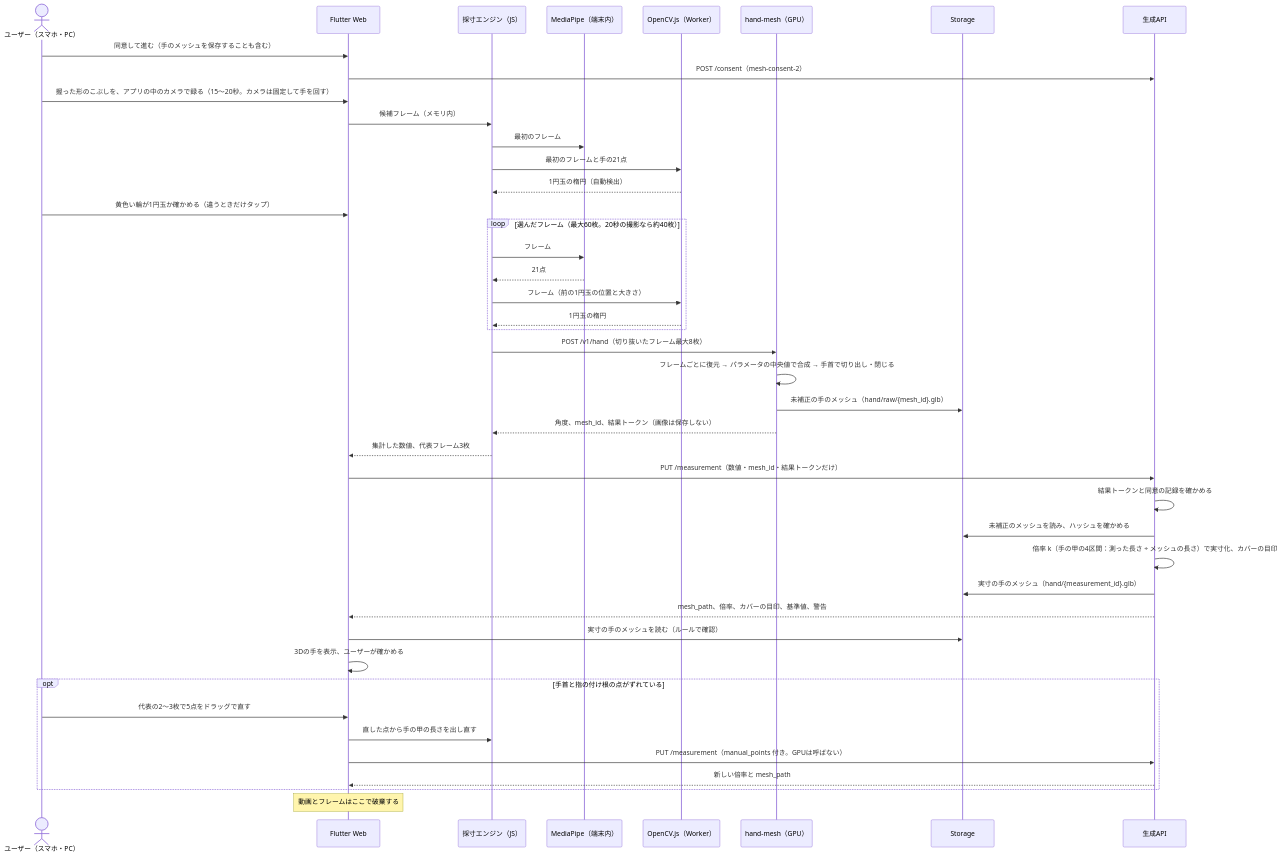
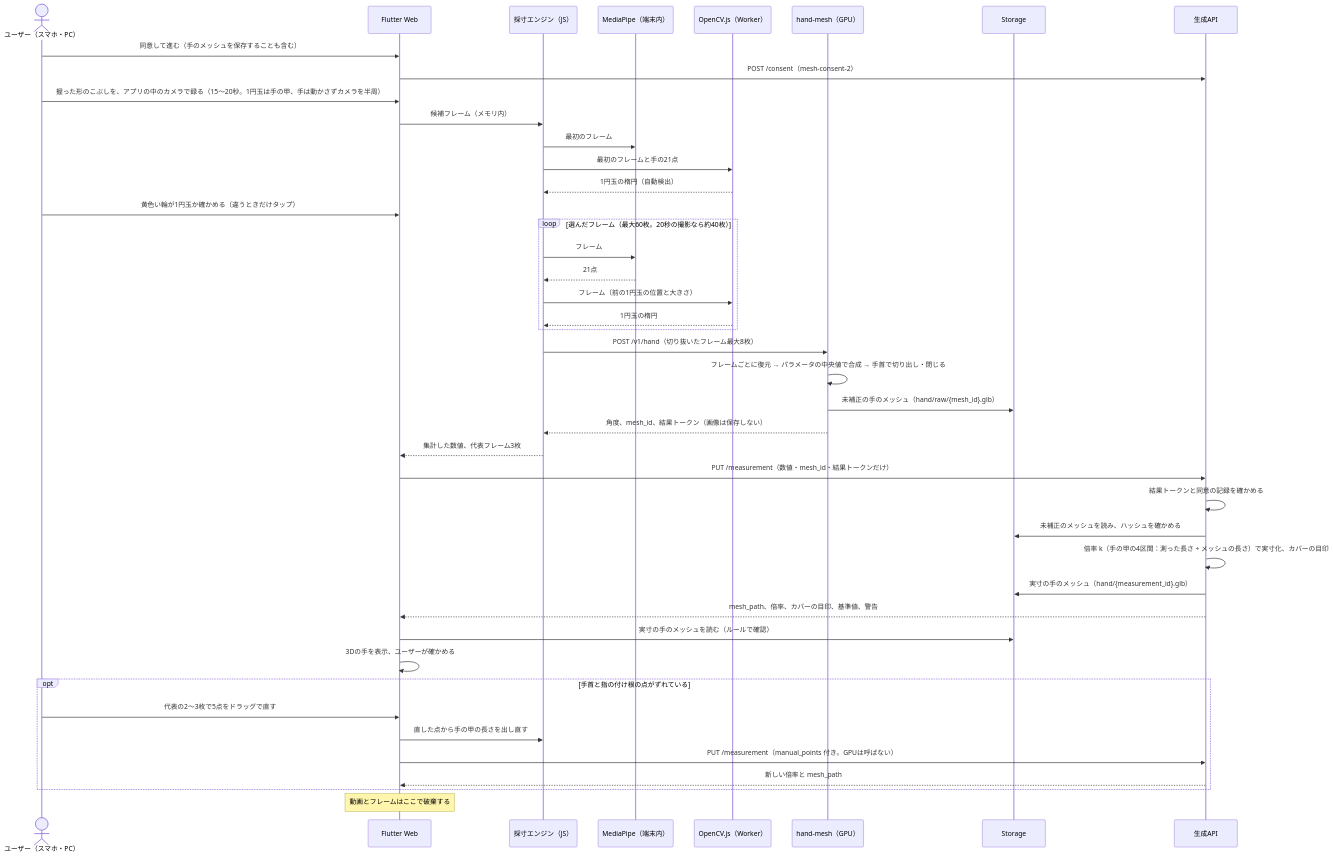
Before and after one commit to Devfest-Hackathon-2026/df-2026-t101: the second of 4 diagrams in docs/architecture.md, drawn with Mermaid. The commit also changed other lines of this file and 6 other files, not shown here.

````diff
--- a/docs/architecture.md
+++ b/docs/architecture.md
@@ -89,45 +89,45 @@
 ```mermaid
 sequenceDiagram
   actor U as ユーザー（スマホ・PC）
   participant App as Flutter Web
   participant EN as 採寸エンジン（JS）
   participant MP as MediaPipe（端末内）
   participant CV as OpenCV.js（Worker）
   participant HM as hand-mesh（GPU）
   participant ST as Storage
   participant API as 生成API
   U->>App: 同意して進む（手のメッシュを保存することも含む）
   App->>API: POST /consent（mesh-consent-2）
-  U->>App: 握った形のこぶしを、アプリの中のカメラで録る（15〜20秒。カメラは固定して手を回す）
+  U->>App: 握った形のこぶしを、アプリの中のカメラで録る（15〜20秒。1円玉は手の甲、手は動かさずカメラを半周）
   App->>EN: 候補フレーム（メモリ内）
   EN->>MP: 最初のフレーム
   EN->>CV: 最初のフレームと手の21点
   CV-->>EN: 1円玉の楕円（自動検出）
   U->>App: 黄色い輪が1円玉か確かめる（違うときだけタップ）
   loop 選んだフレーム（最大60枚。20秒の撮影なら約40枚）
     EN->>MP: フレーム
     MP-->>EN: 21点
     EN->>CV: フレーム（前の1円玉の位置と大きさ）
     CV-->>EN: 1円玉の楕円
   end
   EN->>HM: POST /v1/hand（切り抜いたフレーム最大8枚）
   HM->>HM: フレームごとに復元 → パラメータの中央値で合成 → 手首で切り出し・閉じる
   HM->>ST: 未補正の手のメッシュ（hand/raw/{mesh_id}.glb）
   HM-->>EN: 角度、mesh_id、結果トークン（画像は保存しない）
   EN-->>App: 集計した数値、代表フレーム3枚
   App->>API: PUT /measurement（数値・mesh_id・結果トークンだけ）
   API->>API: 結果トークンと同意の記録を確かめる
   API->>ST: 未補正のメッシュを読み、ハッシュを確かめる
   API->>API: 倍率 k（手の甲の4区間：測った長さ ÷ メッシュの長さ）で実寸化、カバーの目印
   API->>ST: 実寸の手のメッシュ（hand/{measurement_id}.glb）
   API-->>App: mesh_path、倍率、カバーの目印、基準値、警告
   App->>ST: 実寸の手のメッシュを読む（ルールで確認）
   App->>App: 3Dの手を表示、ユーザーが確かめる
   opt 手首と指の付け根の点がずれている
     U->>App: 代表の2〜3枚で5点をドラッグで直す
     App->>EN: 直した点から手の甲の長さを出し直す
     App->>API: PUT /measurement（manual_points 付き。GPUは呼ばない）
     API-->>App: 新しい倍率と mesh_path
   end
   Note over App: 動画とフレームはここで破棄する
 ```
````
